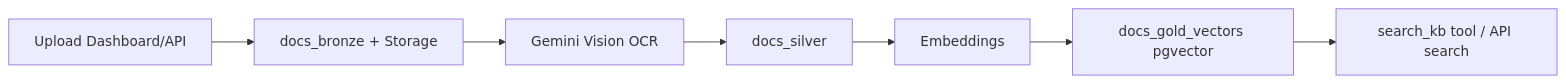
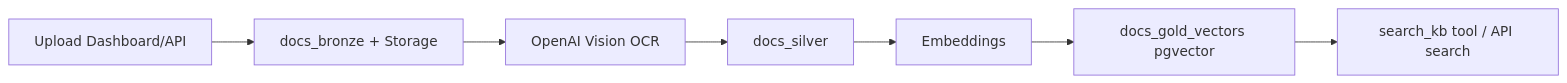
The sixth of 6 diagrams in CLAUDE.md (victorhayafuji/flowia-master-engine), drawn with Mermaid before and after one commit. The commit also changed other lines of this file and 161 other files, not shown here.

````diff
--- a/CLAUDE.md
+++ b/CLAUDE.md
@@ -820,9 +855,9 @@
 ```mermaid
 flowchart LR
   Upload[Upload Dashboard/API] --> Bronze[docs_bronze + Storage]
-  Bronze --> OCR[Gemini Vision OCR]
+  Bronze --> OCR[OpenAI Vision OCR]
   OCR --> Silver[docs_silver]
   Silver --> Embed[Embeddings]
   Embed --> Gold[docs_gold_vectors pgvector]
   Gold --> Search[search_kb tool / API search]
 ```
````
